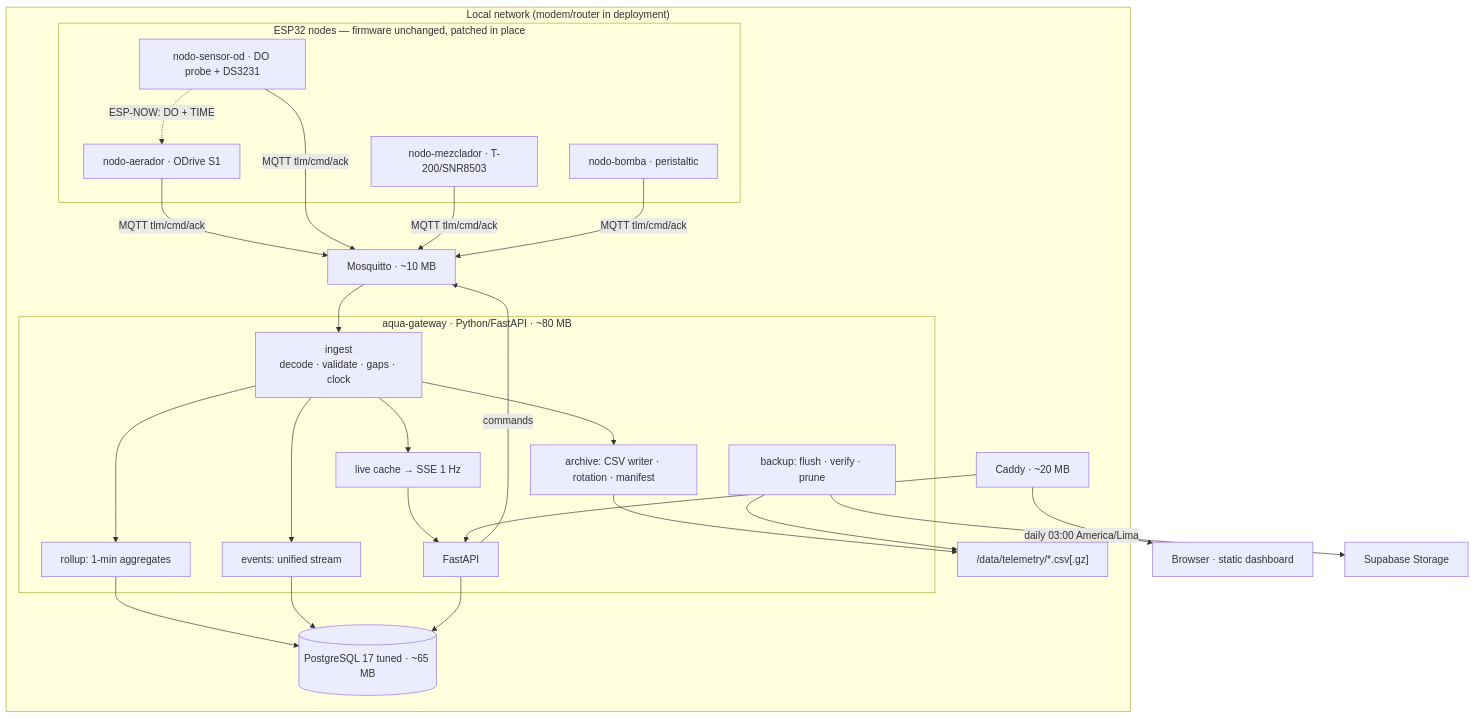
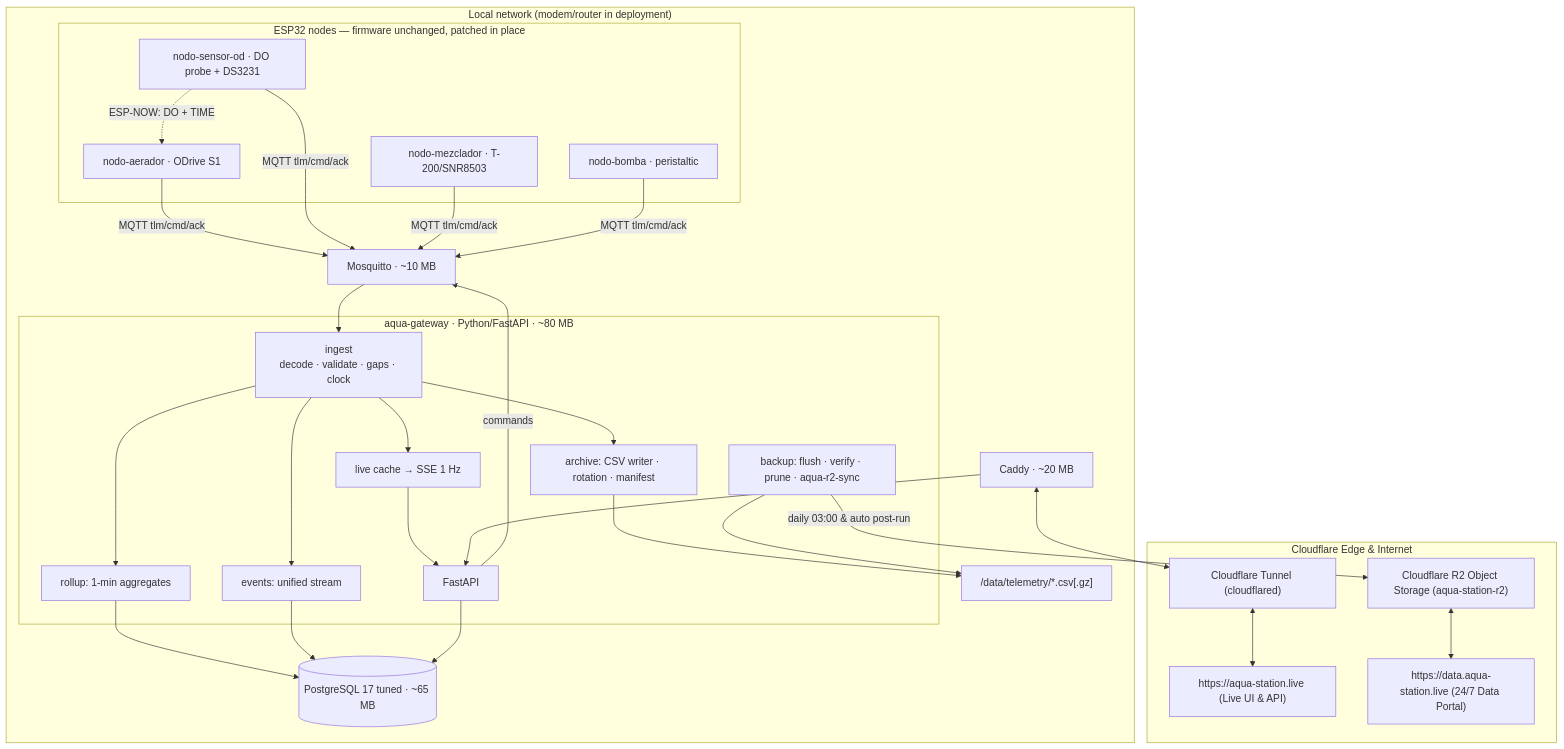
One commit to YetAnotherUser24/aqua changed the diagram in aqua-station/docs/ARCHITECTURE.md. Above: the diagram before and after it, drawn with Mermaid. The commit also changed other lines of this file and 10 other files, not shown here.

Commit message:
feat(aqua-station): configure Cloudflare R2 sync, edge telemetry portal, and export history modal

````diff
--- a/aqua-station/docs/ARCHITECTURE.md
+++ b/aqua-station/docs/ARCHITECTURE.md
@@ -24,40 +24,44 @@
 ```mermaid
 flowchart TB
   subgraph LAN["Local network (modem/router in deployment)"]
     subgraph NODES["ESP32 nodes — firmware unchanged, patched in place"]
       NA["nodo-aerador · ODrive S1"]
       NS["nodo-sensor-od · DO probe + DS3231"]
       NM["nodo-mezclador · T-200/SNR8503"]
       NP["nodo-bomba · peristaltic"]
     end
     MQ["Mosquitto · ~10 MB"]
     subgraph GW["aqua-gateway · Python/FastAPI · ~80 MB"]
       IN["ingest<br/>decode · validate · gaps · clock"]
       LV["live cache → SSE 1 Hz"]
       AR["archive: CSV writer · rotation · manifest"]
       RU["rollup: 1-min aggregates"]
       EVD["events: unified stream"]
       API["FastAPI"]
-      BK["backup: flush · verify · prune"]
+      BK["backup: flush · verify · prune · aqua-r2-sync"]
     end
     DB[("PostgreSQL 17 tuned · ~65 MB")]
     FS["/data/telemetry/*.csv[.gz]"]
     CD["Caddy · ~20 MB"]
   end
-  BR["Browser · static dashboard"]
-  SB["Supabase Storage"]
+  subgraph CLOUD["Cloudflare Edge & Internet"]
+    TUN["Cloudflare Tunnel (cloudflared)"]
+    LIVE["https://aqua-station.live (Live UI & API)"]
+    R2["Cloudflare R2 Object Storage (aqua-station-r2)"]
+    DATA["https://data.aqua-station.live (24/7 Data Portal)"]
+  end
 
   NA & NS & NM & NP -->|"MQTT tlm/cmd/ack"| MQ
   NS -.->|"ESP-NOW: DO + TIME"| NA
   MQ --> IN
   IN --> LV --> API
   IN --> AR --> FS
   IN --> RU --> DB
   IN --> EVD --> DB
   API --> DB
   CD --> API
-  CD --> BR
+  CD <--> TUN <--> LIVE
   API -->|commands| MQ
   BK --> FS
-  BK -->|"daily 03:00 America/Lima"| SB
+  BK -->|"daily 03:00 & auto post-run"| R2 <--> DATA
 ```
````
